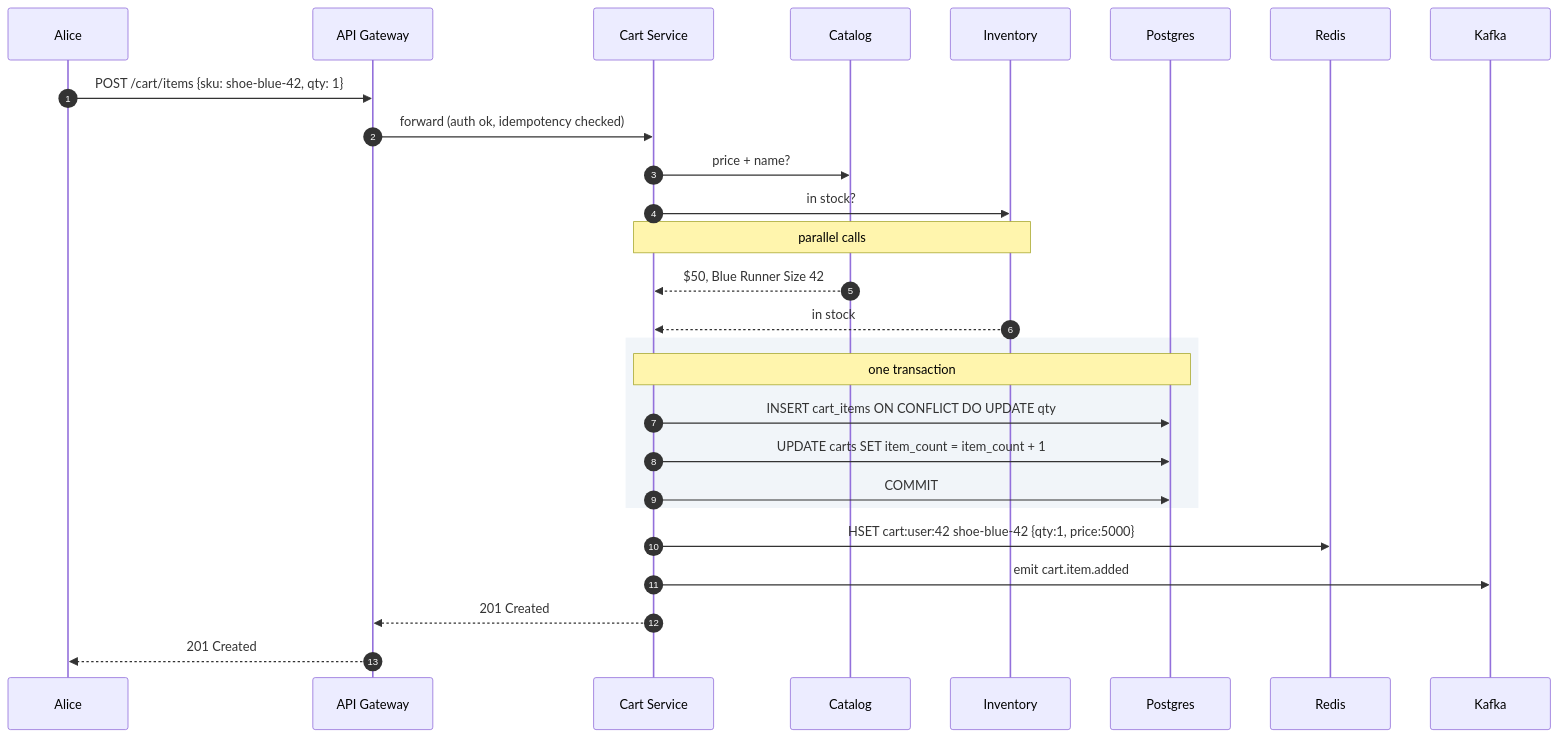
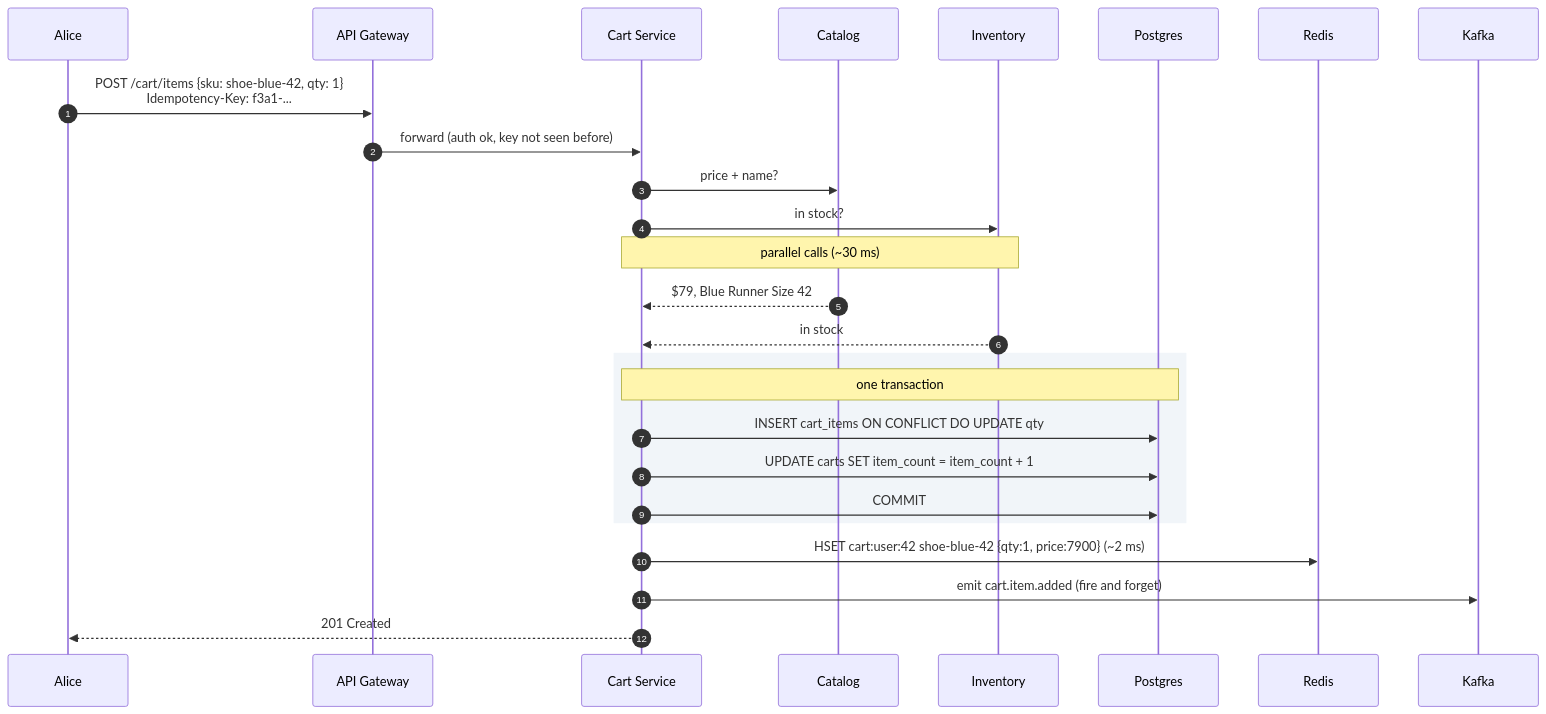
Before and after one commit to shiningflash/system-design: the fourth of 5 diagrams in problems/012-shopping-cart/solution.md, drawn with Mermaid. The commit also changed other lines of this file and 37 other files, not shown here.

````diff
--- a/problems/012-shopping-cart/solution.md
+++ b/problems/012-shopping-cart/solution.md
@@ -302,32 +305,31 @@
 ```mermaid
 sequenceDiagram
     autonumber
     participant Alice
     participant GW as API Gateway
     participant CS as Cart Service
     participant Cat as Catalog
     participant Inv as Inventory
     participant DB as Postgres
     participant R as Redis
     participant K as Kafka
 
-    Alice->>GW: POST /cart/items {sku: shoe-blue-42, qty: 1}
-    GW->>CS: forward (auth ok, idempotency checked)
+    Alice->>GW: POST /cart/items {sku: shoe-blue-42, qty: 1}<br/>Idempotency-Key: f3a1-...
+    GW->>CS: forward (auth ok, key not seen before)
     CS->>Cat: price + name?
     CS->>Inv: in stock?
-    Note over CS,Inv: parallel calls
-    Cat-->>CS: $50, Blue Runner Size 42
+    Note over CS,Inv: parallel calls (~30 ms)
+    Cat-->>CS: $79, Blue Runner Size 42
     Inv-->>CS: in stock
 
     rect rgb(241, 245, 249)
         Note over CS,DB: one transaction
         CS->>DB: INSERT cart_items ON CONFLICT DO UPDATE qty
         CS->>DB: UPDATE carts SET item_count = item_count + 1
         CS->>DB: COMMIT
     end
 
-    CS->>R: HSET cart:user:42 shoe-blue-42 {qty:1, price:5000}
-    CS->>K: emit cart.item.added
-    CS-->>GW: 201 Created
-    GW-->>Alice: 201 Created
+    CS->>R: HSET cart:user:42 shoe-blue-42 {qty:1, price:7900} (~2 ms)
+    CS->>K: emit cart.item.added (fire and forget)
+    CS-->>Alice: 201 Created
 ```
````
